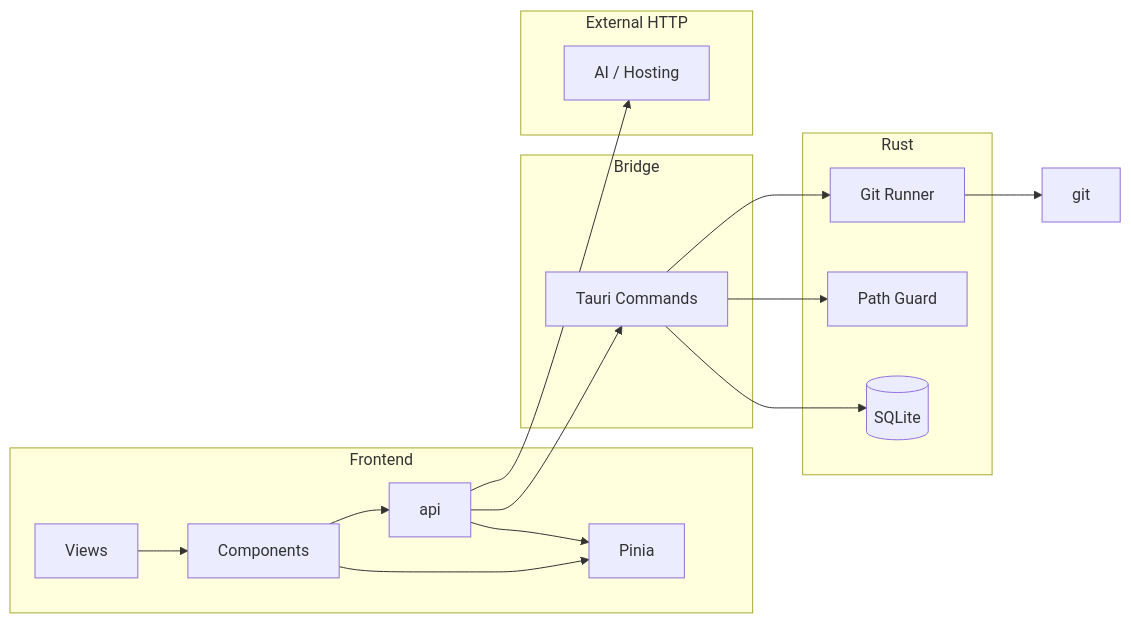
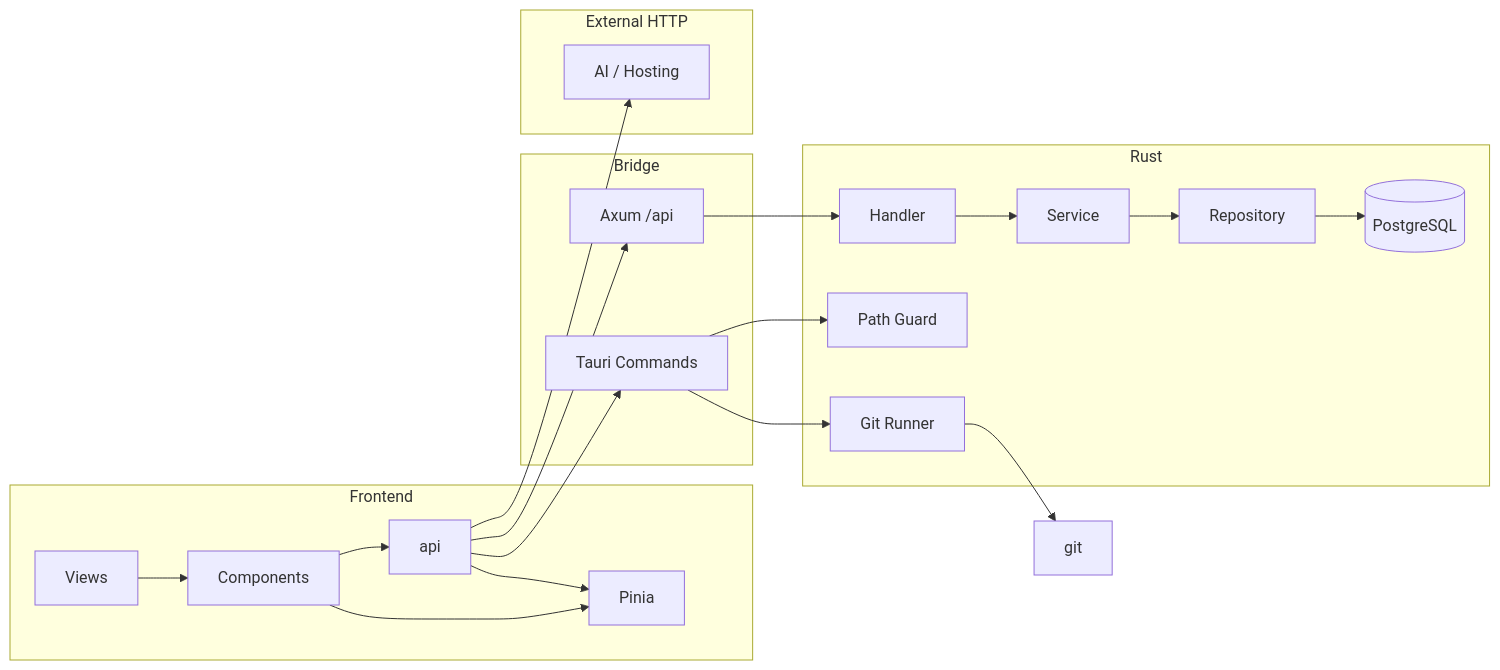
One commit to DonutGeek/jl-git changed the first of 2 diagrams in docs/architecture/overview.md. Above: the diagram before and after it, drawn with Mermaid. The commit also changed other lines of this file and 168 other files, not shown here.

First line of the commit message:
feat(server): 内嵌 Axum 服务并迁移 PostgreSQL，新增首启配置向导

````diff
--- a/docs/architecture/overview.md
+++ b/docs/architecture/overview.md
@@ -29,29 +32,31 @@
 ```mermaid
 flowchart LR
   subgraph frontend [Frontend]
     P[Views]
     C[Components]
     A[api]
     Z[Pinia]
     P --> C
     C --> A
     C --> Z
     A --> Z
   end
   subgraph bridge [Bridge]
     CMD[Tauri Commands]
+    AX[Axum /api]
   end
   subgraph backend [Rust]
     G[Git Runner]
     FS[Path Guard]
-    DB[(SQLite)]
+    H[Handler] --> S[Service] --> R[Repository]
+    R --> DB[(PostgreSQL)]
   end
   subgraph http [External HTTP]
     NET[AI / Hosting]
   end
   A --> CMD --> G
   CMD --> FS
-  CMD --> DB
+  A --> AX --> H
   G --> CLI[git]
   A --> NET
 ```
````
